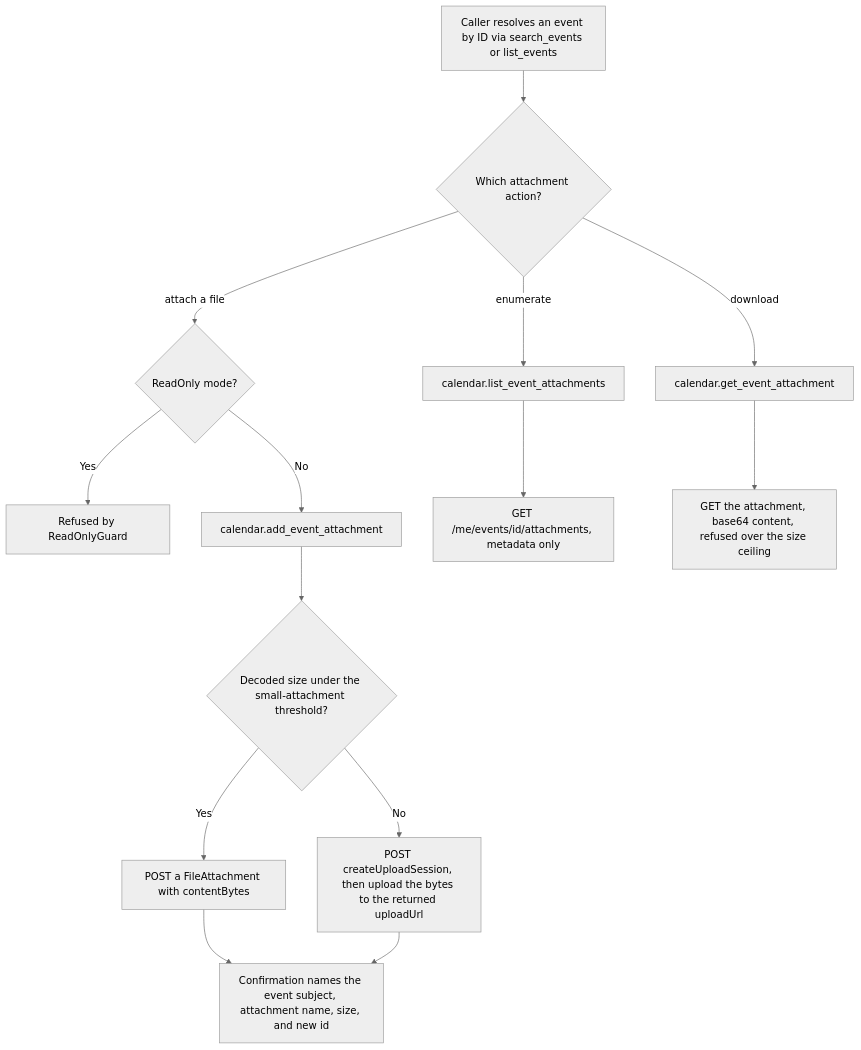
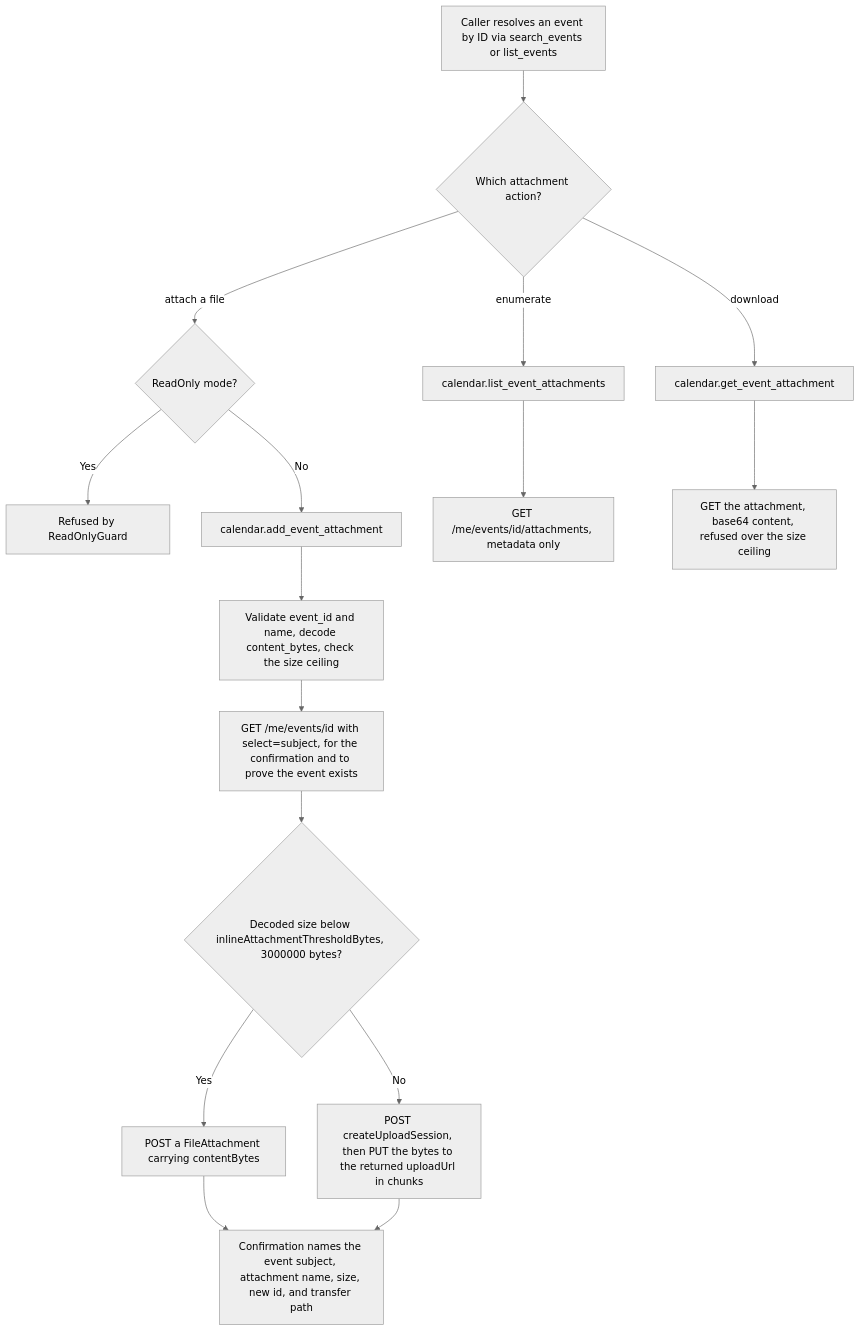
One commit to desek/outlook-local-mcp changed the second of 3 diagrams in docs/cr/CR-0081-calendar-event-attachments.md. Above: the diagram before and after it, drawn with Mermaid (neutral theme). The commit also changed other lines of this file and 1 other file, not shown here.

````diff
--- a/docs/cr/CR-0081-calendar-event-attachments.md
+++ b/docs/cr/CR-0081-calendar-event-attachments.md
@@ -245,16 +322,18 @@
 ```mermaid
 flowchart TD
     A["Caller resolves an event by ID via search_events or list_events"] --> B{"Which attachment action?"}
     B -->|"enumerate"| C["calendar.list_event_attachments"]
     B -->|"download"| D["calendar.get_event_attachment"]
     B -->|"attach a file"| E{"ReadOnly mode?"}
     E -->|"Yes"| F["Refused by ReadOnlyGuard"]
     E -->|"No"| G["calendar.add_event_attachment"]
     C --> H["GET /me/events/id/attachments, metadata only"]
     D --> I["GET the attachment, base64 content, refused over the size ceiling"]
-    G --> J{"Decoded size under the small-attachment threshold?"}
-    J -->|"Yes"| K["POST a FileAttachment with contentBytes"]
-    J -->|"No"| L["POST createUploadSession, then upload the bytes to the returned uploadUrl"]
-    K --> M["Confirmation names the event subject, attachment name, size, and new id"]
+    G --> N["Validate event_id and name, decode content_bytes, check the size ceiling"]
+    N --> O["GET /me/events/id with select=subject, for the confirmation and to prove the event exists"]
+    O --> J{"Decoded size below inlineAttachmentThresholdBytes, 3000000 bytes?"}
+    J -->|"Yes"| K["POST a FileAttachment carrying contentBytes"]
+    J -->|"No"| L["POST createUploadSession, then PUT the bytes to the returned uploadUrl in chunks"]
+    K --> M["Confirmation names the event subject, attachment name, size, new id, and transfer path"]
     L --> M
 ```
````
